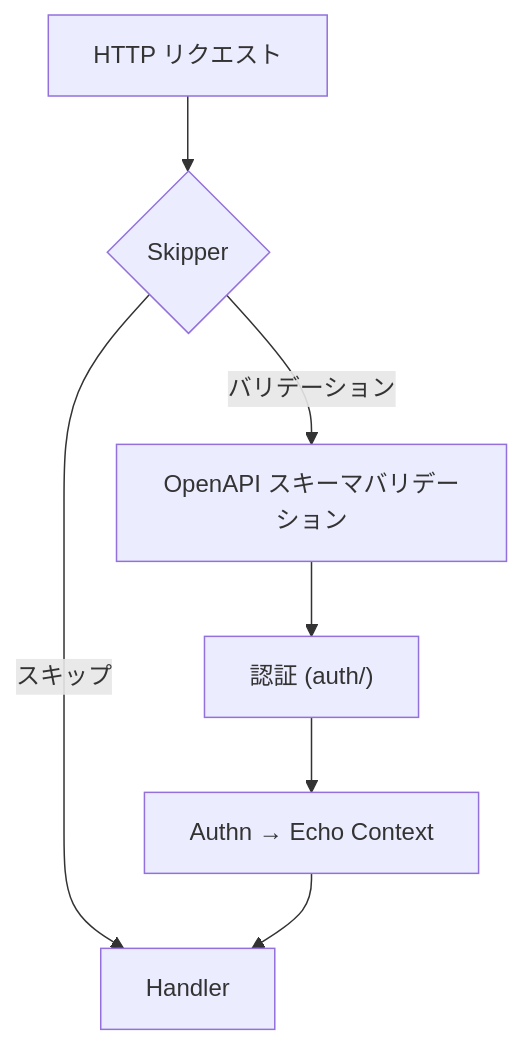
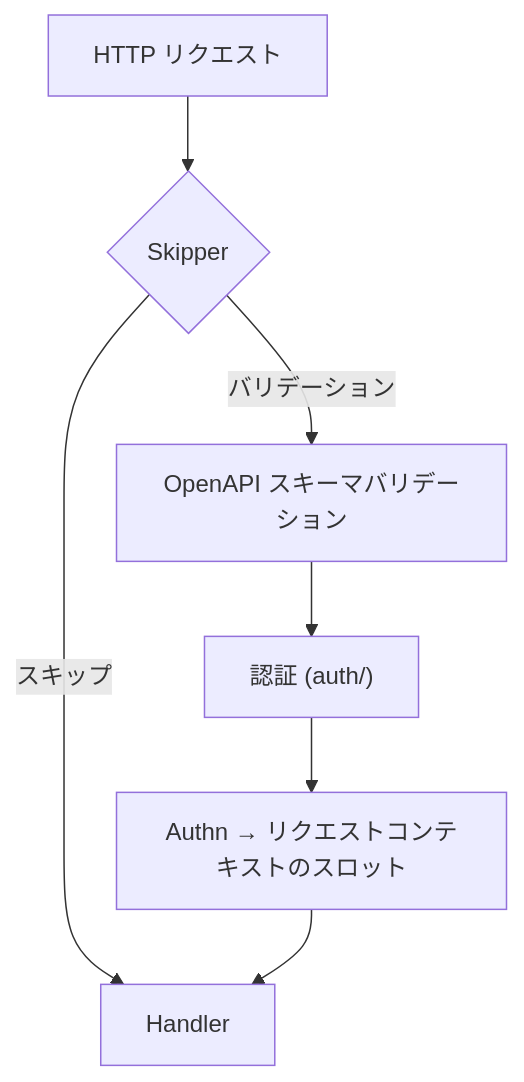
The diagram in internal/controller/httpstack/oapi/README.ja.md (Tomy-ch/go-boilerplate), drawn with Mermaid before and after one commit. The commit also changed other lines of this file and 114 other files, not shown here.

````diff
--- a/internal/controller/httpstack/oapi/README.ja.md
+++ b/internal/controller/httpstack/oapi/README.ja.md
@@ -11,15 +11,15 @@
 ```mermaid
 flowchart TB
     Request["HTTP リクエスト"]
     Skipper{"Skipper"}
     Validate["OpenAPI スキーマバリデーション"]
     Auth["認証 (auth/)"]
-    Authn["Authn → Echo Context"]
+    Authn["Authn → リクエストコンテキストのスロット"]
     Handler["Handler"]
 
     Request --> Skipper
     Skipper -- スキップ --> Handler
     Skipper -- バリデーション --> Validate
     Validate --> Auth
     Auth --> Authn --> Handler
 ```
````
